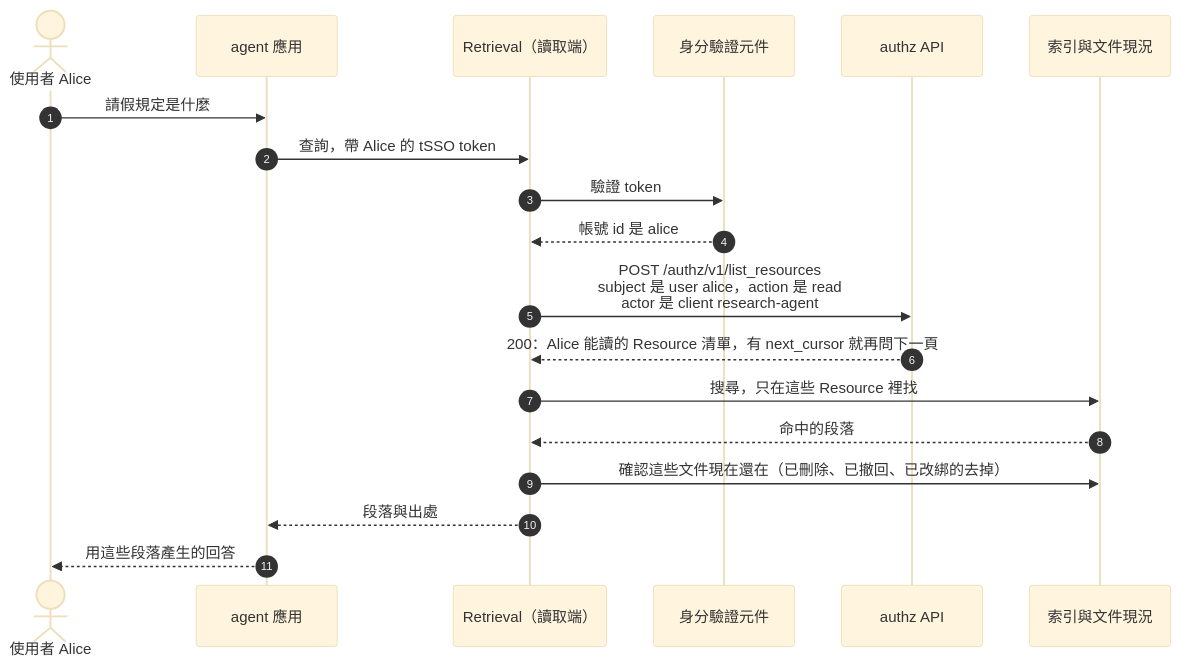
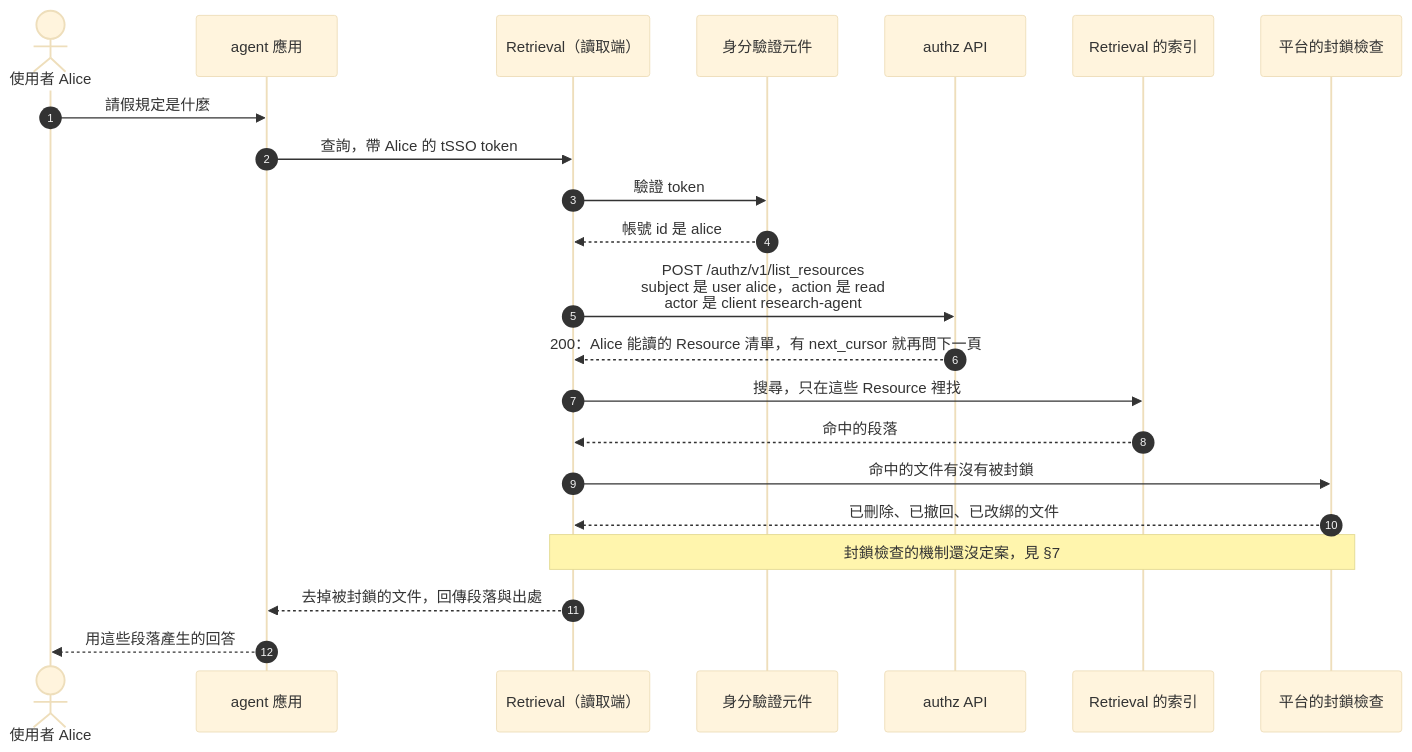
One commit to davidlinnnn/data-ingestion changed the third of 6 diagrams in docs/design/knowledge-platform-authorization-guide.md. Above: the diagram before and after it, drawn with Mermaid (base theme). The commit also changed other lines of this file and 4 other files, not shown here.

````diff
--- a/docs/design/knowledge-platform-authorization-guide.md
+++ b/docs/design/knowledge-platform-authorization-guide.md
@@ -213,21 +241,24 @@
 ```mermaid
 sequenceDiagram
   autonumber
   actor U as 使用者 Alice
   participant A as agent 應用
   participant R as Retrieval（讀取端）
   participant I as 身分驗證元件
   participant Z as authz API
-  participant X as 索引與文件現況
+  participant X as Retrieval 的索引
+  participant P as 平台的封鎖檢查
   U->>A: 請假規定是什麼
   A->>R: 查詢，帶 Alice 的 tSSO token
   R->>I: 驗證 token
   I-->>R: 帳號 id 是 alice
   R->>Z: POST /authz/v1/list_resources<br/>subject 是 user alice，action 是 read<br/>actor 是 client research-agent
   Z-->>R: 200：Alice 能讀的 Resource 清單，有 next_cursor 就再問下一頁
   R->>X: 搜尋，只在這些 Resource 裡找
   X-->>R: 命中的段落
-  R->>X: 確認這些文件現在還在（已刪除、已撤回、已改綁的去掉）
-  R-->>A: 段落與出處
+  R->>P: 命中的文件有沒有被封鎖
+  P-->>R: 已刪除、已撤回、已改綁的文件
+  Note over R,P: 封鎖檢查的機制還沒定案，見 §7
+  R-->>A: 去掉被封鎖的文件，回傳段落與出處
   A-->>U: 用這些段落產生的回答
 ```
````
